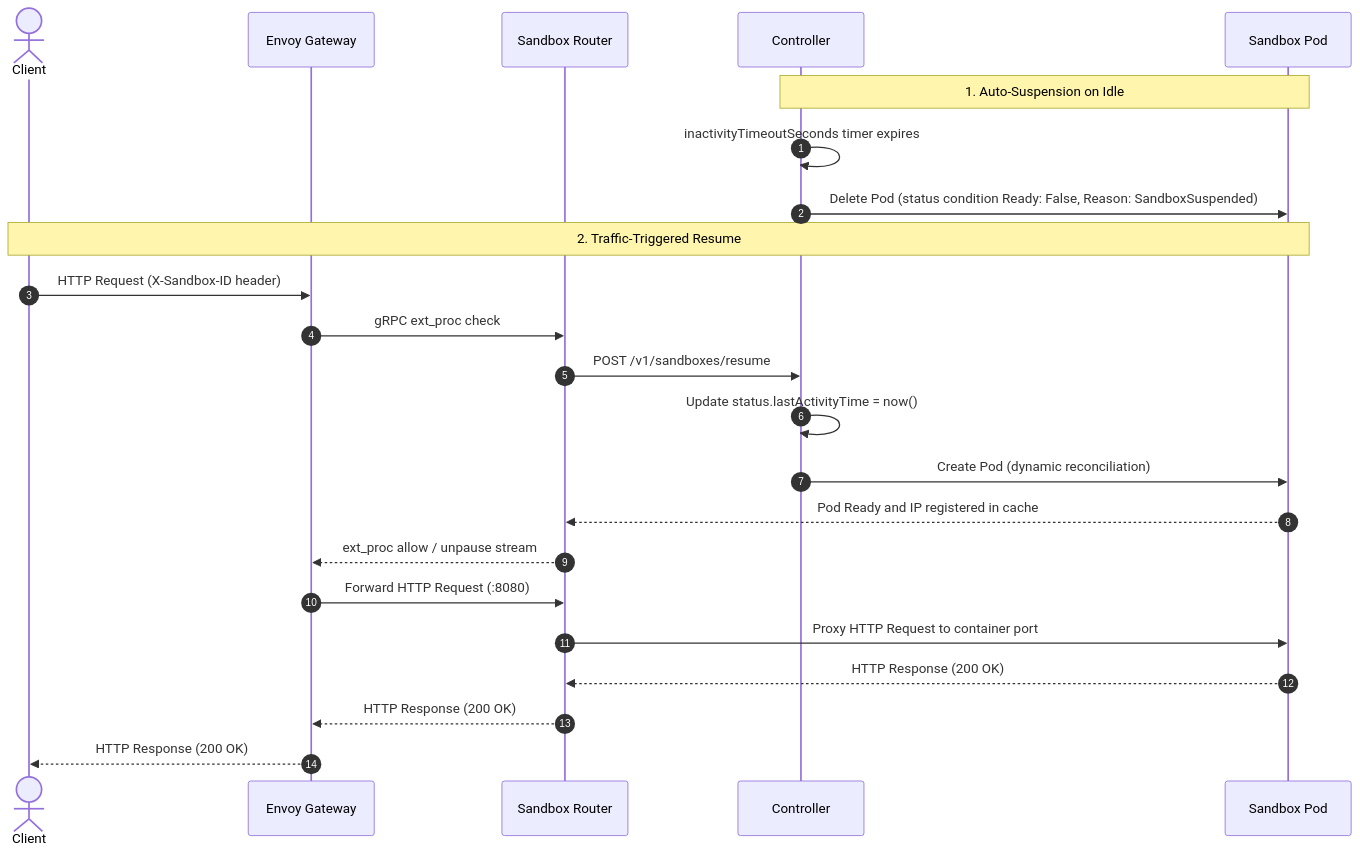
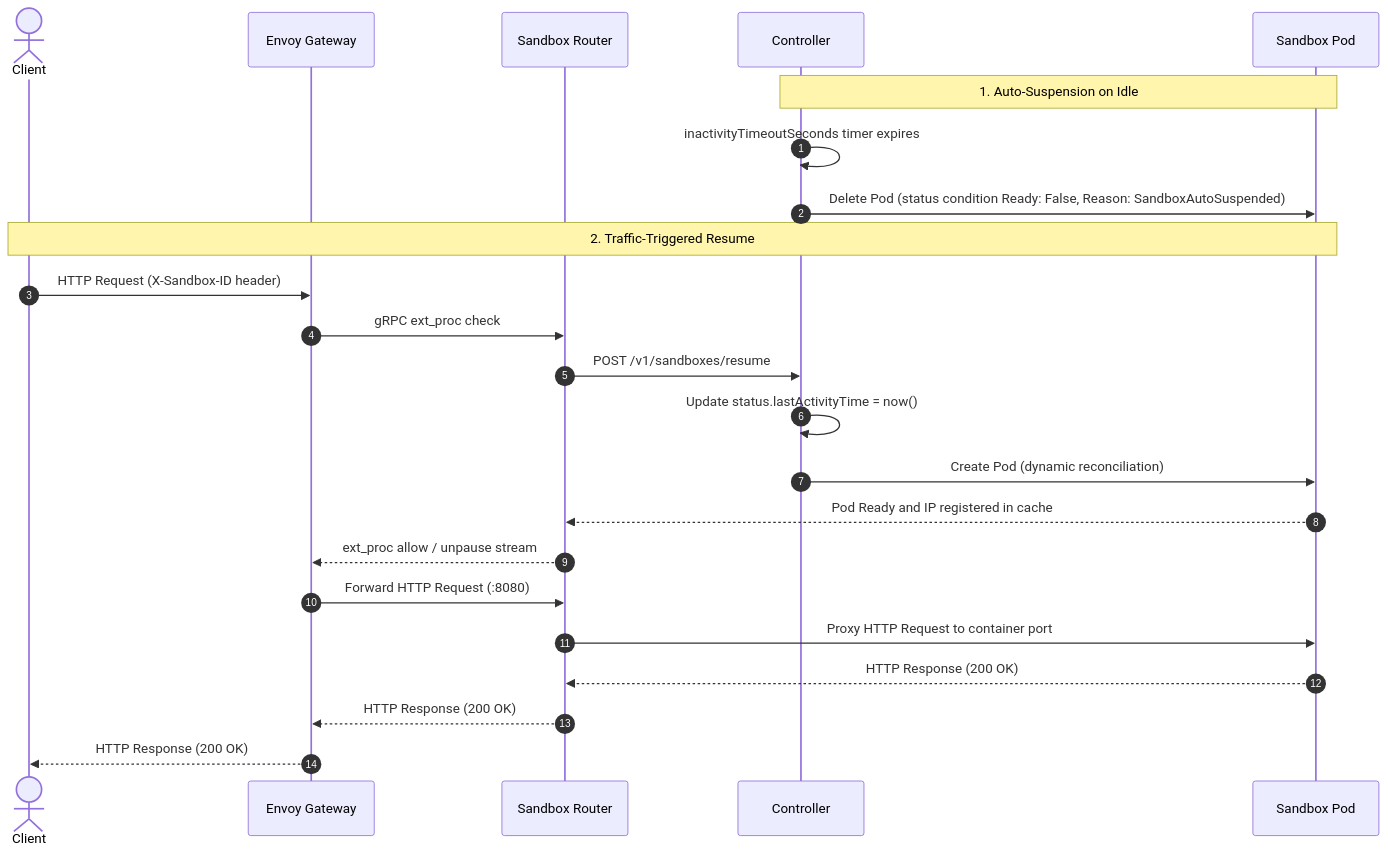
One commit to kubernetes-sigs/agent-sandbox changed the second of 2 diagrams in docs/auto_suspension.md. Above: the diagram before and after it, drawn with Mermaid. The commit also changed other lines of this file and 7 other files, not shown here.

````diff
--- a/docs/auto_suspension.md
+++ b/docs/auto_suspension.md
@@ -43,27 +43,27 @@
 ```mermaid
 sequenceDiagram
     autonumber
     actor Client
     participant EG as Envoy Gateway
     participant SR as Sandbox Router
     participant CTRL as Controller
     participant POD as Sandbox Pod
 
     Note over CTRL,POD: 1. Auto-Suspension on Idle
     CTRL->>CTRL: inactivityTimeoutSeconds timer expires
-    CTRL->>POD: Delete Pod (status condition Ready: False, Reason: SandboxSuspended)
+    CTRL->>POD: Delete Pod (status condition Ready: False, Reason: SandboxAutoSuspended)
 
     Note over Client,POD: 2. Traffic-Triggered Resume
     Client->>EG: HTTP Request (X-Sandbox-ID header)
     EG->>SR: gRPC ext_proc check
     SR->>CTRL: POST /v1/sandboxes/resume
     CTRL->>CTRL: Update status.lastActivityTime = now()
     CTRL->>POD: Create Pod (dynamic reconciliation)
     POD-->>SR: Pod Ready and IP registered in cache
     SR-->>EG: ext_proc allow / unpause stream
     EG->>SR: Forward HTTP Request (:8080)
     SR->>POD: Proxy HTTP Request to container port
     POD-->>SR: HTTP Response (200 OK)
     SR-->>EG: HTTP Response (200 OK)
     EG-->>Client: HTTP Response (200 OK)
 ```
````
